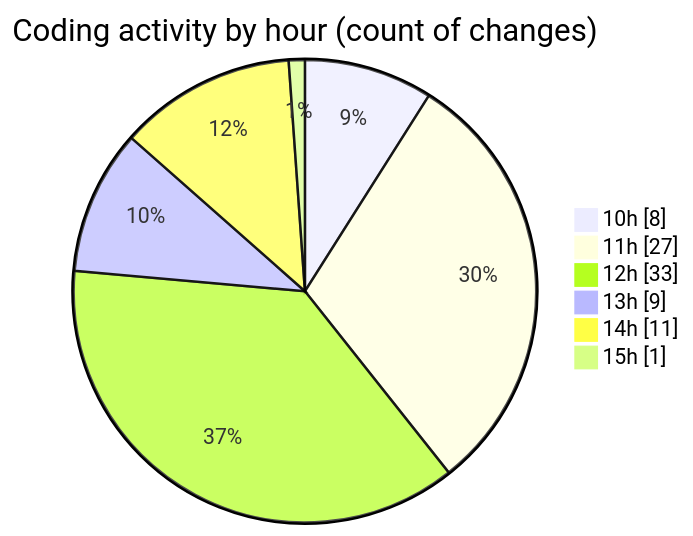
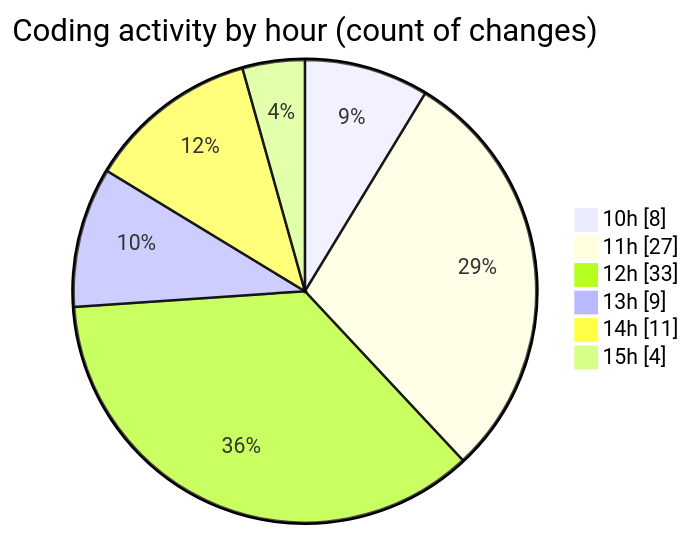
The second of 2 diagrams in 2025-09-29/nxtqube_webapp/README.md (nxtqubesakshisongat/code-tracking), drawn with Mermaid before and after one commit. The commit also changed other lines of this file and 1 other file, not shown here.

````diff
--- a/2025-09-29/nxtqube_webapp/README.md
+++ b/2025-09-29/nxtqube_webapp/README.md
@@ -31,10 +31,10 @@
 ```mermaid
 pie showData
 title Coding activity by hour (count of changes)
 "10h" : 8
 "11h" : 27
 "12h" : 33
 "13h" : 9
 "14h" : 11
-"15h" : 1
+"15h" : 4
 ```
````
